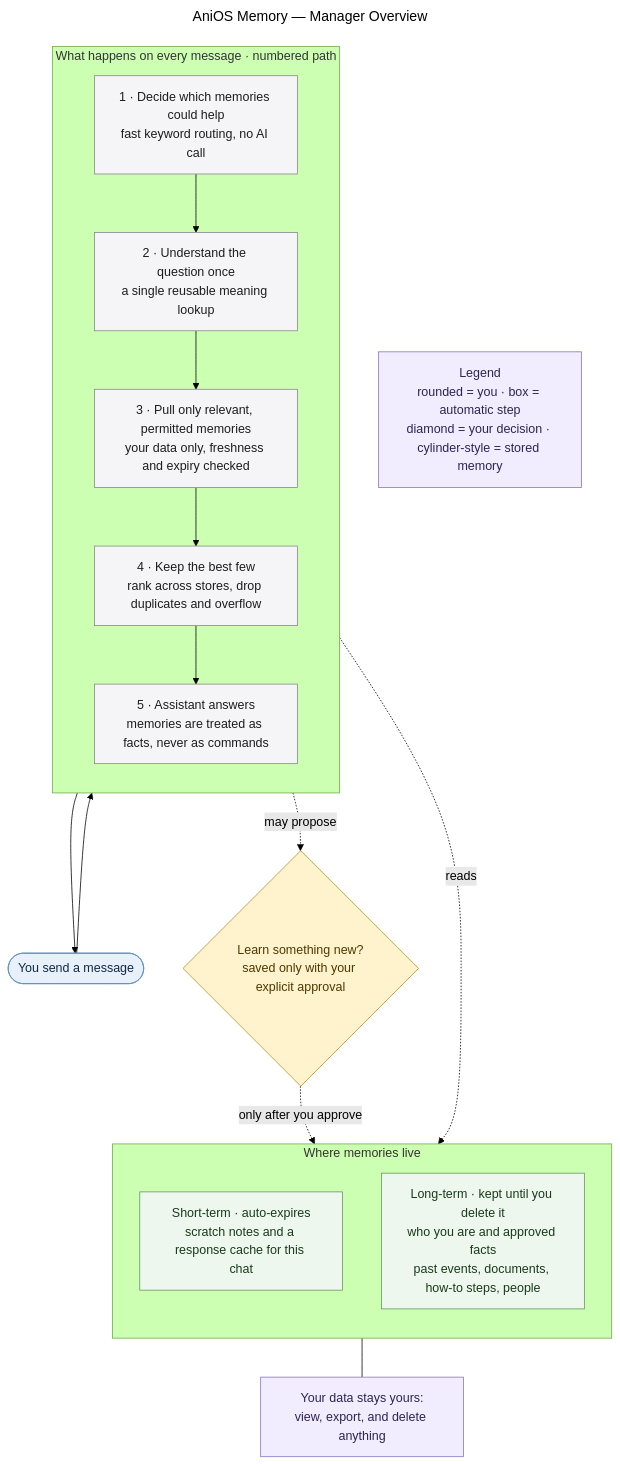
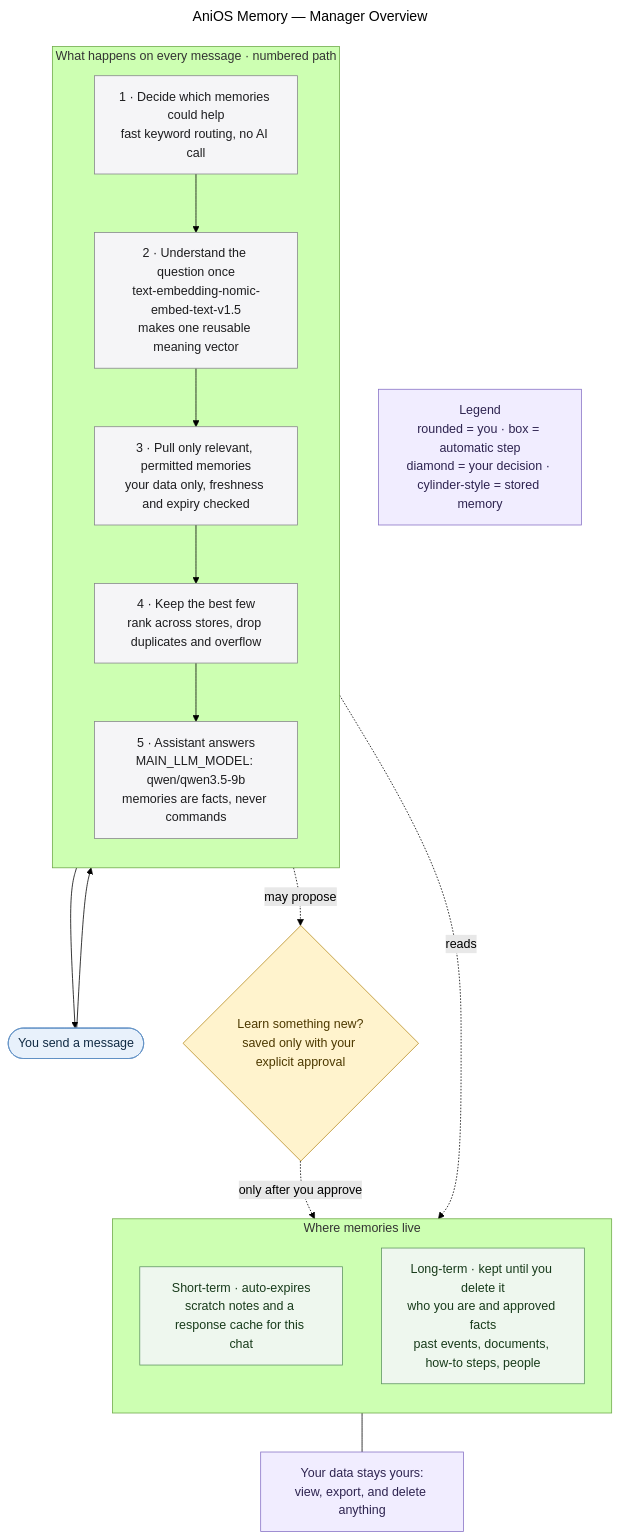
The diagram in docs/diagrams/memory-overview.mmd (MallyaAni/PersonalAssistant), drawn with Mermaid (forest theme) before and after one commit. The commit also changed 69 other files, not shown here.

```diff
--- a/docs/diagrams/memory-overview.mmd
+++ b/docs/diagrams/memory-overview.mmd
@@ -1,46 +1,46 @@
 ---
 title: AniOS Memory — Manager Overview
 ---
 flowchart TB
     User([You send a message])
 
     subgraph Turn[What happens on every message · numbered path]
         direction TB
         Step1["1 · Decide which memories could help<br/>fast keyword routing, no AI call"]
-        Step2["2 · Understand the question once<br/>a single reusable meaning lookup"]
+        Step2["2 · Understand the question once<br/>text-embedding-nomic-embed-text-v1.5<br/>makes one reusable meaning vector"]
         Step3["3 · Pull only relevant, permitted memories<br/>your data only, freshness and expiry checked"]
         Step4["4 · Keep the best few<br/>rank across stores, drop duplicates and overflow"]
-        Step5["5 · Assistant answers<br/>memories are treated as facts, never as commands"]
+        Step5["5 · Assistant answers<br/>MAIN_LLM_MODEL: qwen/qwen3.5-9b<br/>memories are facts, never commands"]
 
         Step1 --> Step2 --> Step3 --> Step4 --> Step5
     end
 
     Consent{"Learn something new?<br/>saved only with your explicit approval"}
 
     subgraph Stores[Where memories live]
         direction TB
         ShortTerm["Short-term · auto-expires<br/>scratch notes and a response cache for this chat"]
         LongTerm["Long-term · kept until you delete it<br/>who you are and approved facts<br/>past events, documents, how-to steps, people"]
     end
 
     Privacy["Your data stays yours:<br/>view, export, and delete anything"]
 
     User --> Step1
     Step5 --> User
     Step3 -. reads .-> Stores
     Step5 -. may propose .-> Consent
     Consent -. only after you approve .-> LongTerm
     Stores --- Privacy
 
     Legend["Legend<br/>rounded = you · box = automatic step<br/>diamond = your decision · cylinder-style = stored memory"]
 
     classDef person fill:#e8f1fb,stroke:#5e8fc4,color:#102a43;
     classDef step fill:#f5f5f7,stroke:#86868b,color:#1d1d1f;
     classDef gate fill:#fff3cd,stroke:#b78b20,color:#4d3900;
     classDef store fill:#eef7ee,stroke:#5f9562,color:#183b1b;
     classDef note fill:#f1edff,stroke:#8872c6,color:#2e2450;
     class User person;
     class Step1,Step2,Step3,Step4,Step5 step;
     class Consent gate;
     class ShortTerm,LongTerm store;
     class Privacy,Legend note;
```
